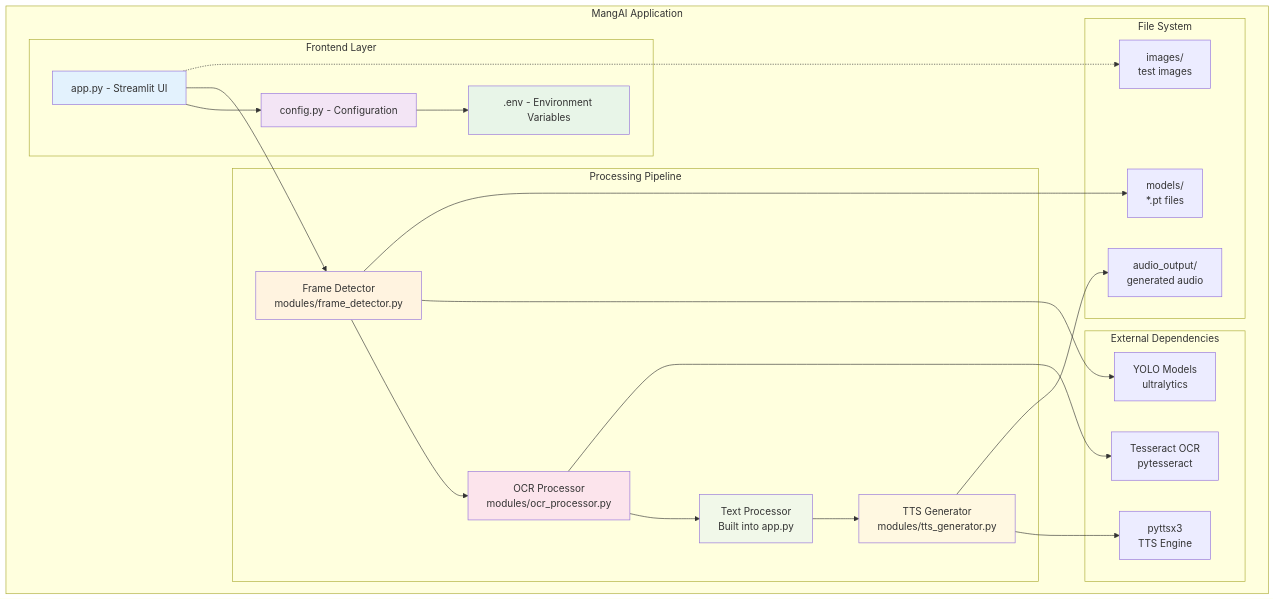
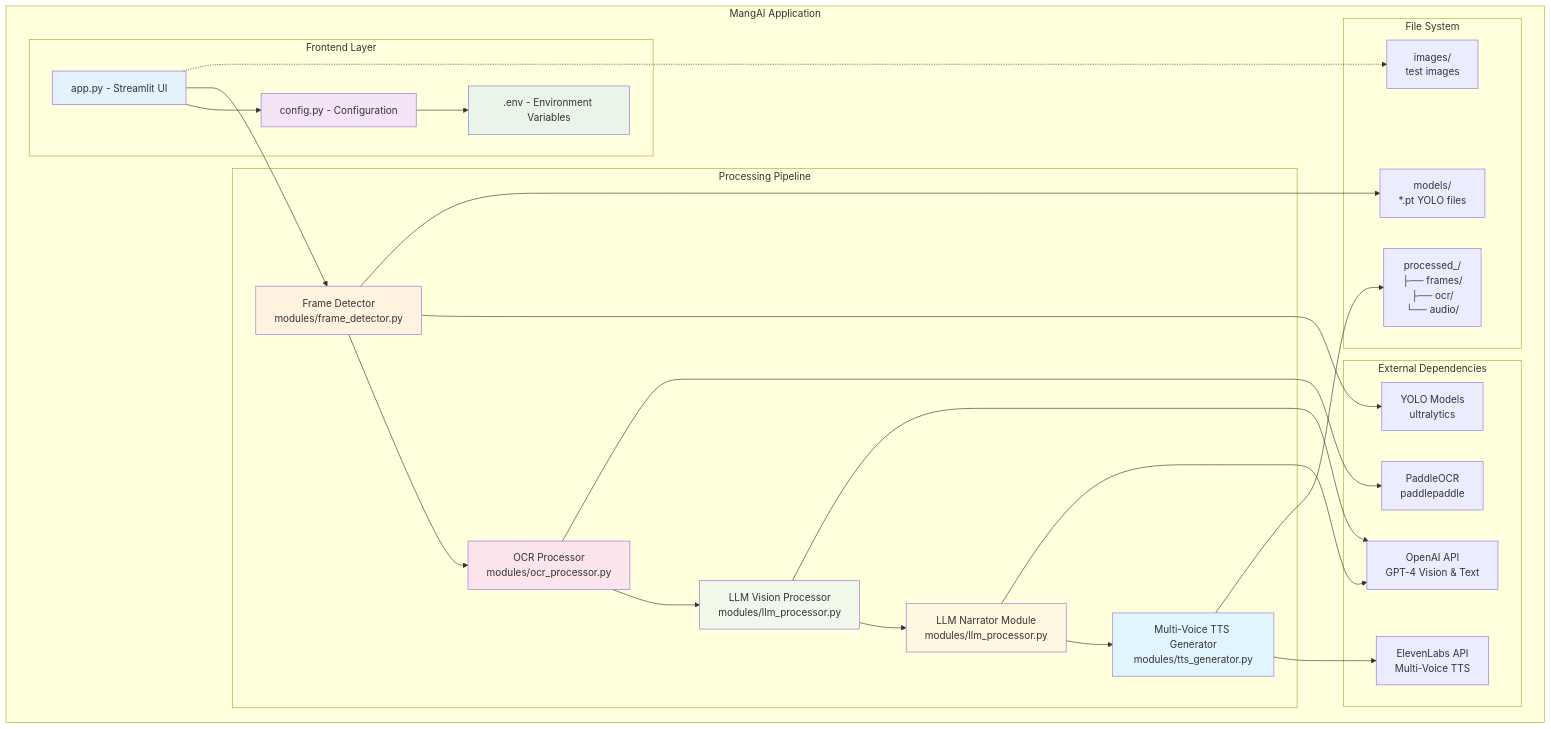
The second of 7 diagrams in architecture_diagram.md (iMrLopez/mangAI), drawn with Mermaid before and after one commit. The commit also changed other lines of this file and 11 other files, not shown here.

````diff
--- a/architecture_diagram.md
+++ b/architecture_diagram.md
@@ -36,52 +41,58 @@
 ```mermaid
 graph TB
     subgraph "MangAI Application"
         subgraph "Frontend Layer"
             UI[app.py - Streamlit UI]
             CONFIG[config.py - Configuration]
             ENV[.env - Environment Variables]
         end
         
         subgraph "Processing Pipeline"
             FD[Frame Detector<br/>modules/frame_detector.py]
             OCR[OCR Processor<br/>modules/ocr_processor.py]
-            TXT[Text Processor<br/>Built into app.py]
-            TTS[TTS Generator<br/>modules/tts_generator.py]
+            LLM_VIS[LLM Vision Processor<br/>modules/llm_processor.py]
+            LLM_NAR[LLM Narrator Module<br/>modules/llm_processor.py]
+            TTS[Multi-Voice TTS Generator<br/>modules/tts_generator.py]
         end
         
         subgraph "External Dependencies"
             YOLO[YOLO Models<br/>ultralytics]
-            TESS[Tesseract OCR<br/>pytesseract]
-            PYTS[pyttsx3<br/>TTS Engine]
+            PADDLE[PaddleOCR<br/>paddlepaddle]
+            OPENAI[OpenAI API<br/>GPT-4 Vision & Text]
+            ELEVEN[ElevenLabs API<br/>Multi-Voice TTS]
         end
         
         subgraph "File System"
-            MODELS[models/<br/>*.pt files]
+            MODELS[models/<br/>*.pt YOLO files]
             IMAGES[images/<br/>test images]
-            AUDIO[audio_output/<br/>generated audio]
+            PROCESSED[processed_<timestamp>/<br/>├── frames/<br/>├── ocr/<br/>└── audio/]
         end
     end
     
     UI --> CONFIG
     CONFIG --> ENV
     UI --> FD
     FD --> OCR
-    OCR --> TXT
-    TXT --> TTS
+    OCR --> LLM_VIS
+    LLM_VIS --> LLM_NAR
+    LLM_NAR --> TTS
     
     FD --> YOLO
     FD --> MODELS
-    OCR --> TESS
-    TTS --> PYTS
-    TTS --> AUDIO
+    OCR --> PADDLE
+    LLM_VIS --> OPENAI
+    LLM_NAR --> OPENAI
+    TTS --> ELEVEN
+    TTS --> PROCESSED
     
     UI -.-> IMAGES
     
     style UI fill:#e3f2fd
     style CONFIG fill:#f3e5f5
     style ENV fill:#e8f5e8
     style FD fill:#fff3e0
     style OCR fill:#fce4ec
-    style TXT fill:#f1f8e9
-    style TTS fill:#fff8e1
+    style LLM_VIS fill:#f1f8e9
+    style LLM_NAR fill:#fff8e1
+    style TTS fill:#e1f5fe
 ```
````
